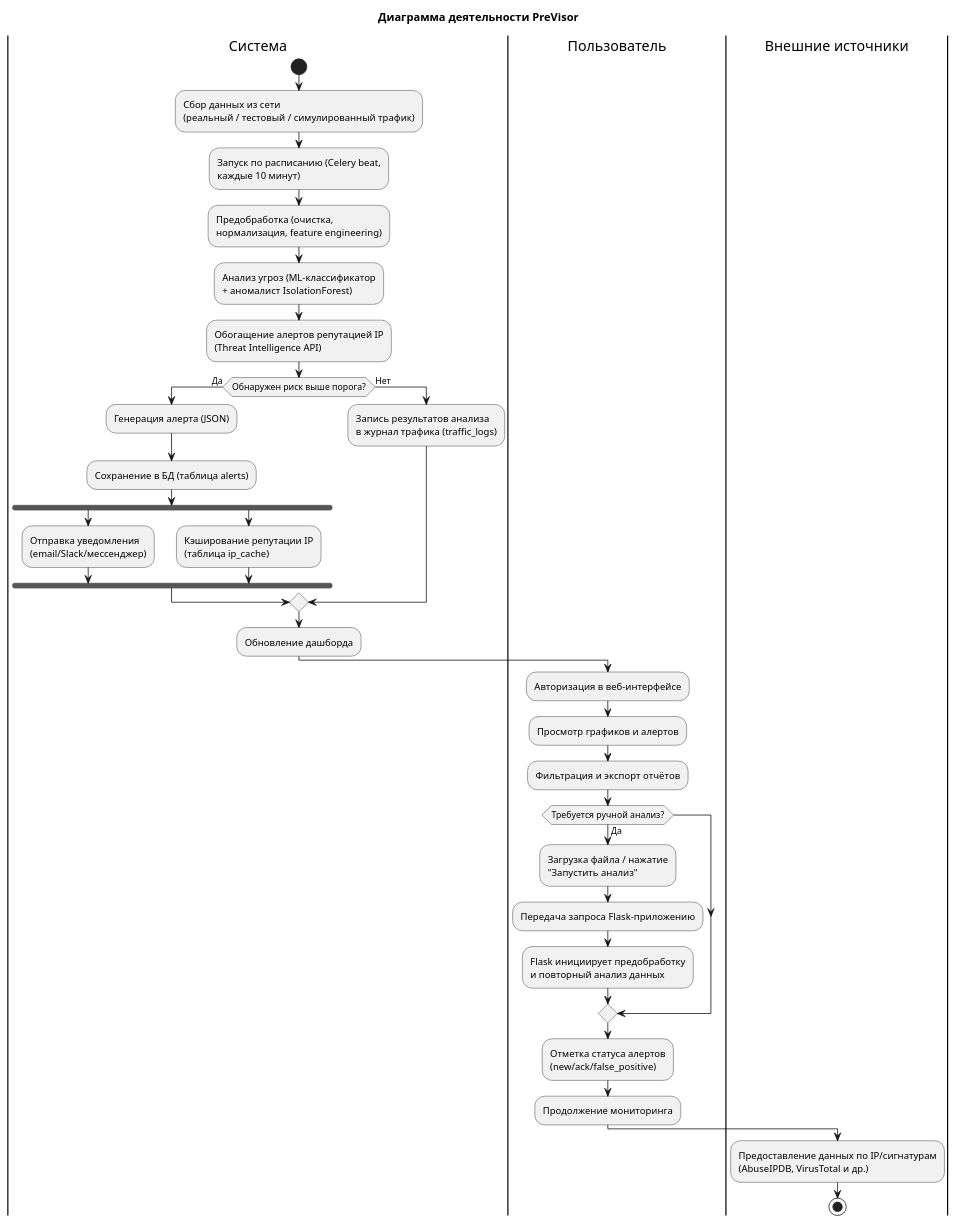
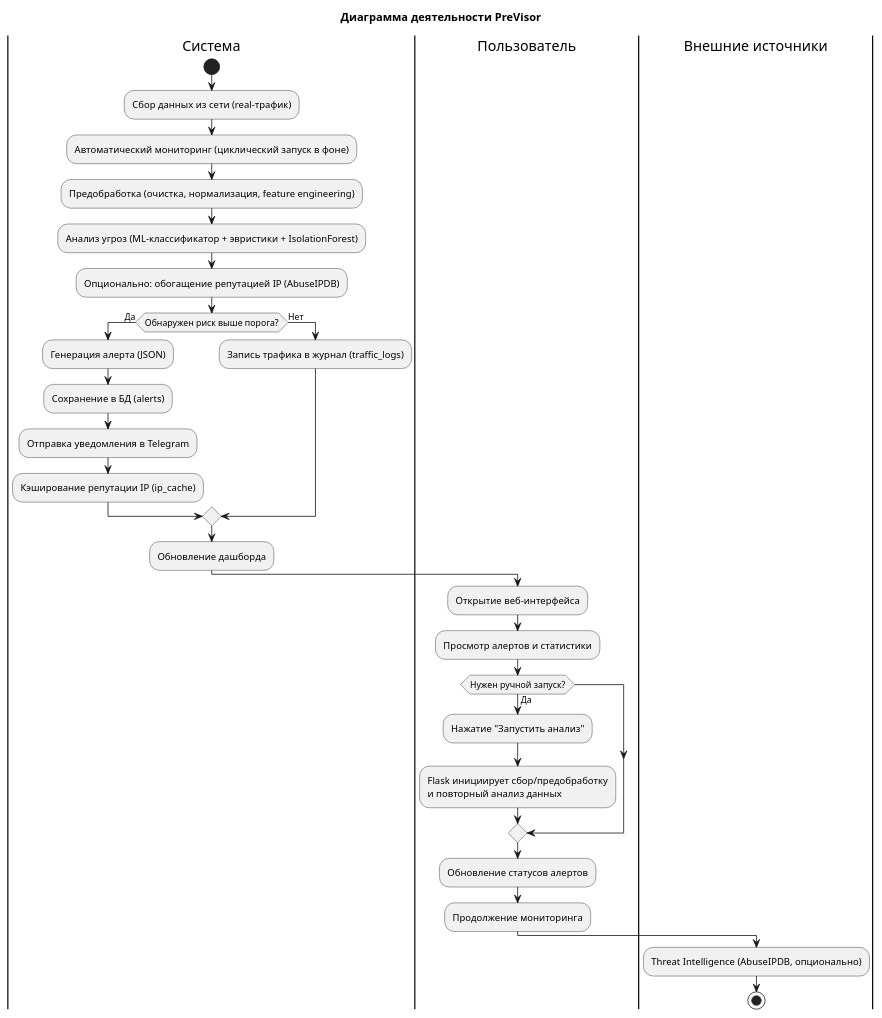
One commit to k00000tek/previsor changed the diagram in static/previsor_activity_diagram.puml. Above: the diagram before and after it, drawn with PlantUML. The commit also changed 31 other files, not shown here.

```diff
--- a/static/previsor_activity_diagram.puml
+++ b/static/previsor_activity_diagram.puml
@@ -1,43 +1,38 @@
 @startuml
 'https://plantuml.com/activity-diagram
 title Диаграмма деятельности PreVisor
 
 |Система|
 start
-:Сбор данных из сети\n(реальный / тестовый / симулированный трафик);
-:Запуск по расписанию (Celery beat,\nкаждые 10 минут);
-:Предобработка (очистка,\nнормализация, feature engineering);
-
-:Анализ угроз (ML-классификатор\n+ аномалист IsolationForest);
-:Обогащение алертов репутацией IP\n(Threat Intelligence API);
+:Сбор данных из сети (real-трафик);
+:Автоматический мониторинг (циклический запуск в фоне);
+:Предобработка (очистка, нормализация, feature engineering);
+:Анализ угроз (ML-классификатор + эвристики + IsolationForest);
+:Опционально: обогащение репутацией IP (AbuseIPDB);
 
 if (Обнаружен риск выше порога?) then (Да)
   :Генерация алерта (JSON);
-  :Сохранение в БД (таблица alerts);
-  fork
-    :Отправка уведомления\n(email/Slack/мессенджер);
-  fork again
-    :Кэширование репутации IP\n(таблица ip_cache);
-  end fork
+  :Сохранение в БД (alerts);
+  :Отправка уведомления в Telegram;
+  :Кэширование репутации IP (ip_cache);
 else (Нет)
-  :Запись результатов анализа\nв журнал трафика (traffic_logs);
+  :Запись трафика в журнал (traffic_logs);
 endif
 :Обновление дашборда;
 
 |Пользователь|
-:Авторизация в веб-интерфейсе;
-:Просмотр графиков и алертов;
-:Фильтрация и экспорт отчётов;
-if (Требуется ручной анализ?) then (Да)
-  :Загрузка файла / нажатие\n"Запустить анализ";
-  :Передача запроса Flask-приложению;
-  :Flask инициирует предобработку\nи повторный анализ данных;
+:Открытие веб-интерфейса;
+:Просмотр алертов и статистики;
+if (Нужен ручной запуск?) then (Да)
+  :Нажатие "Запустить анализ";
+  :Flask инициирует сбор/предобработку
+  и повторный анализ данных;
 endif
-:Отметка статуса алертов\n(new/ack/false_positive);
+:Обновление статусов алертов;
 :Продолжение мониторинга;
 
 |Внешние источники|
-:Предоставление данных по IP/сигнатурам\n(AbuseIPDB, VirusTotal и др.);
+:Threat Intelligence (AbuseIPDB, опционально);
 
 stop
 @enduml
```
